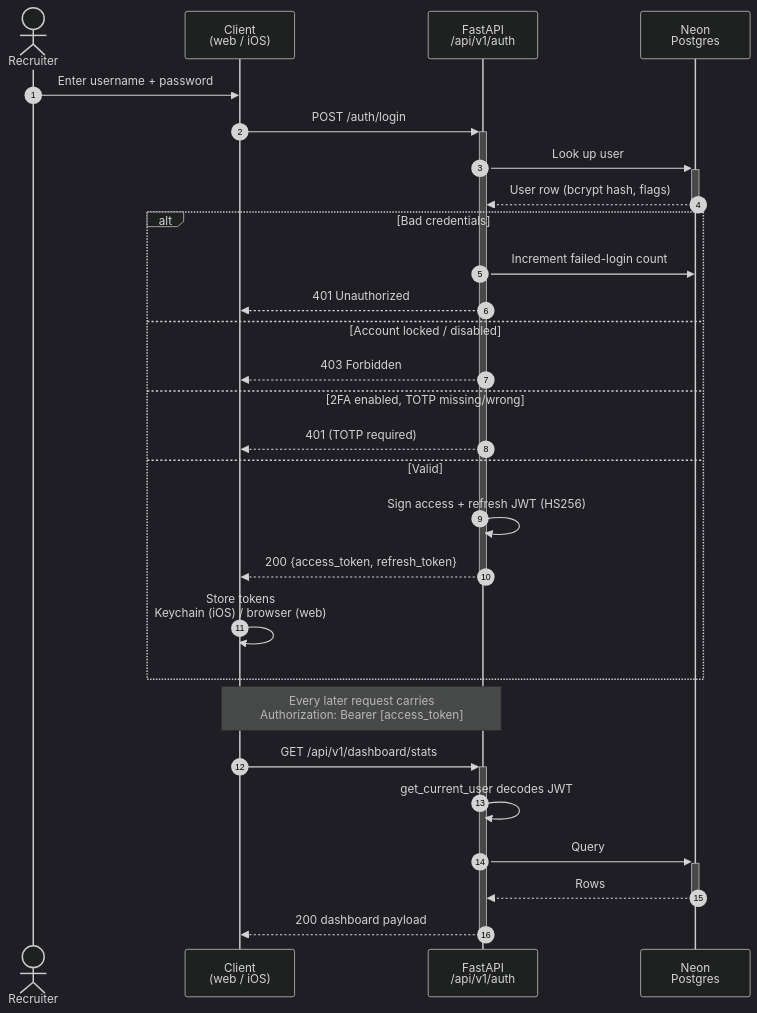
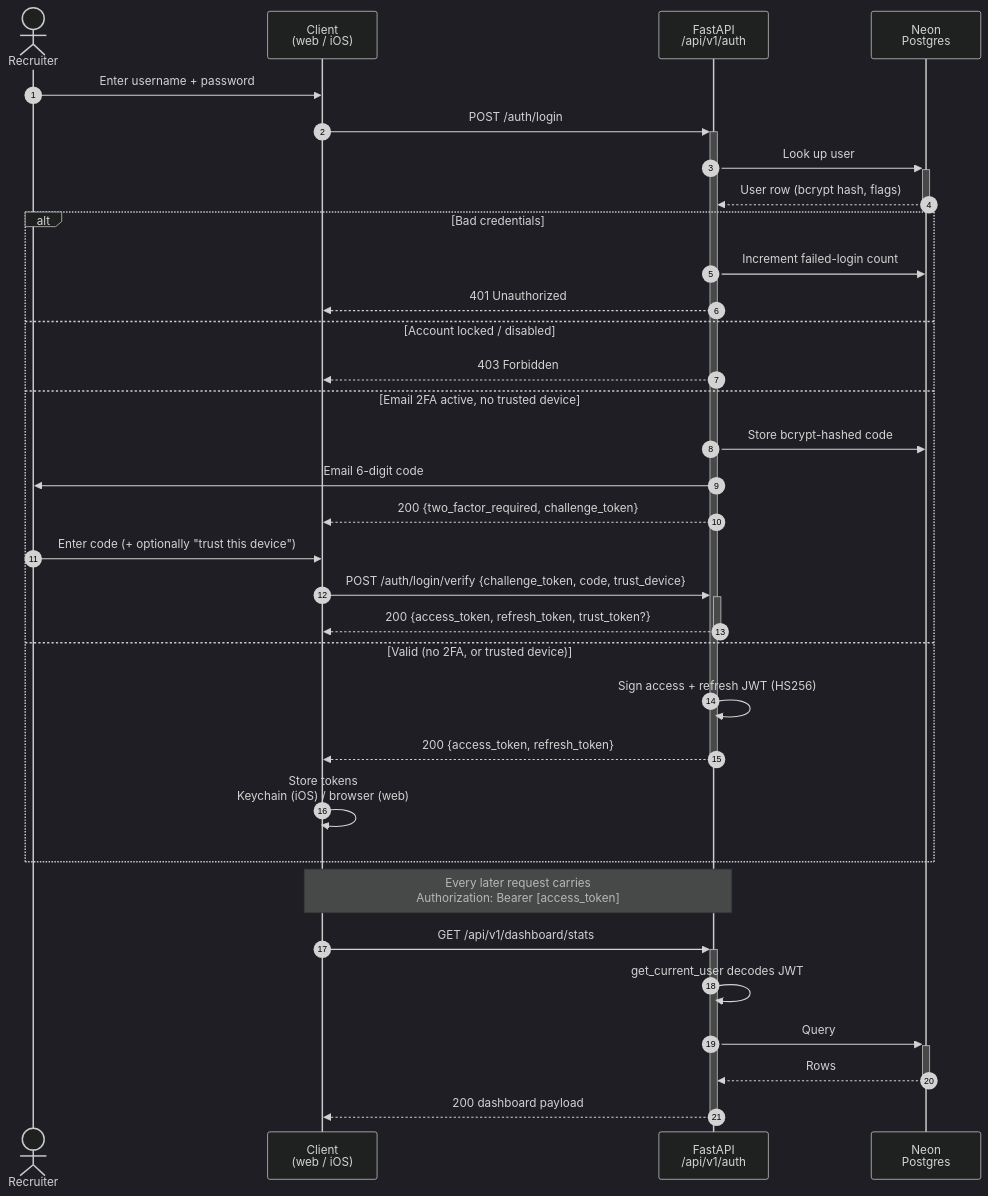
The second of 6 diagrams in wiki/How-It-Works.md (drewdog88/afrotc-native-ios), drawn with Mermaid (dark theme) before and after one commit. The commit also changed other lines of this file and 9 other files, not shown here.

First line of the commit message:
docs: update README + wiki for email 2FA, trusted devices, and admin controls

````diff
--- a/wiki/How-It-Works.md
+++ b/wiki/How-It-Works.md
@@ -91,34 +91,39 @@
 ```mermaid
 sequenceDiagram
     autonumber
     actor U as Recruiter
     participant C as Client<br>(web / iOS)
     participant API as FastAPI<br>/api/v1/auth
     participant DB as Neon<br>Postgres
 
     U->>C: Enter username + password
     C->>+API: POST /auth/login
     API->>+DB: Look up user
     DB-->>-API: User row (bcrypt hash, flags)
 
     alt Bad credentials
         API->>DB: Increment failed-login count
         API-->>C: 401 Unauthorized
     else Account locked / disabled
         API-->>C: 403 Forbidden
-    else 2FA enabled, TOTP missing/wrong
-        API-->>C: 401 (TOTP required)
-    else Valid
+    else Email 2FA active, no trusted device
+        API->>DB: Store bcrypt-hashed code
+        API->>U: Email 6-digit code
+        API-->>C: 200 {two_factor_required, challenge_token}
+        U->>C: Enter code (+ optionally "trust this device")
+        C->>+API: POST /auth/login/verify {challenge_token, code, trust_device}
+        API-->>-C: 200 {access_token, refresh_token, trust_token?}
+    else Valid (no 2FA, or trusted device)
         API->>API: Sign access + refresh JWT (HS256)
         API-->>-C: 200 {access_token, refresh_token}
         C->>C: Store tokens<br>Keychain (iOS) / browser (web)
     end
 
     Note over C,API: Every later request carries<br>Authorization: Bearer [access_token]
 
     C->>+API: GET /api/v1/dashboard/stats
     API->>API: get_current_user decodes JWT
     API->>+DB: Query
     DB-->>-API: Rows
     API-->>-C: 200 dashboard payload
 ```
````
